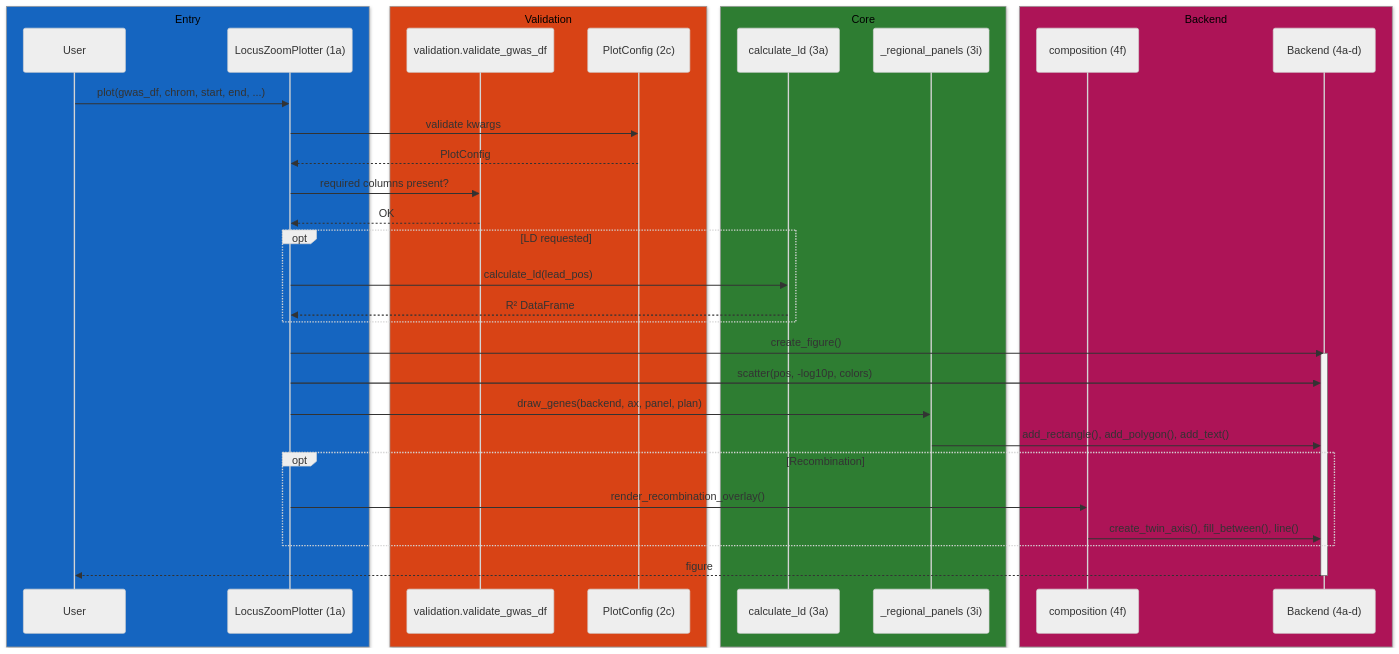
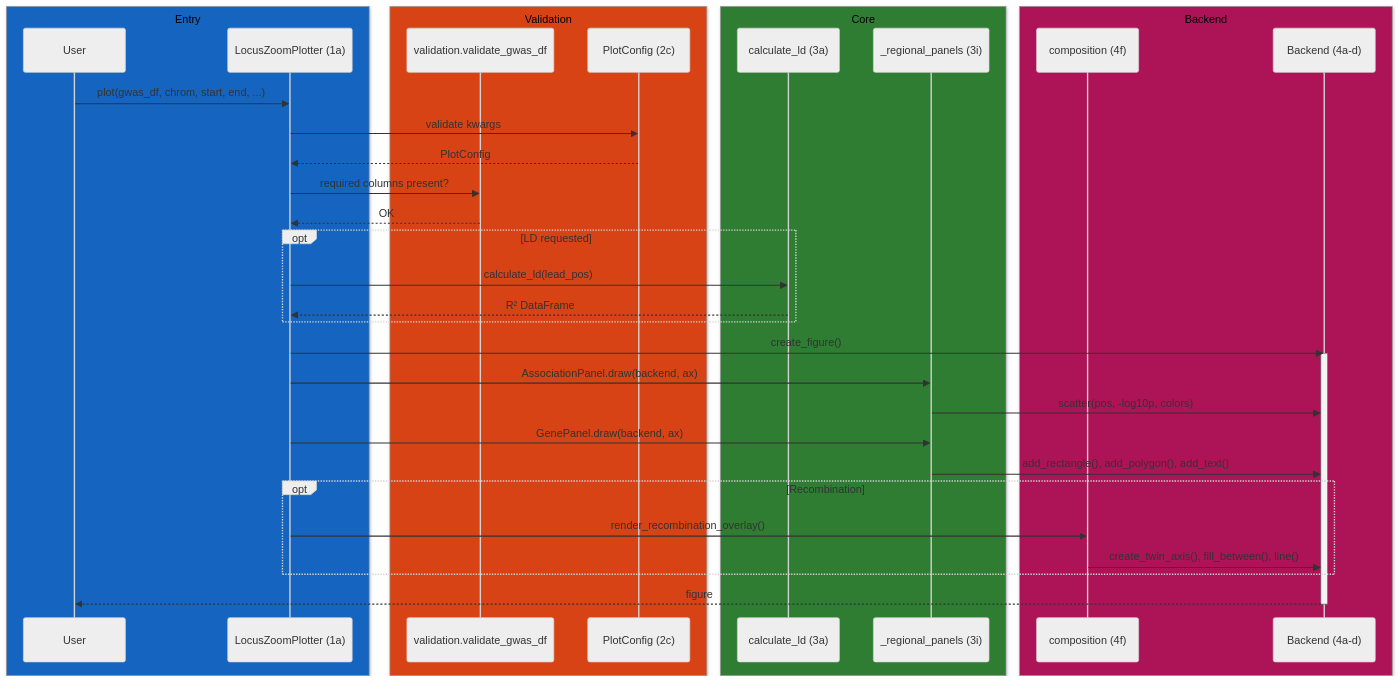
The second of 3 diagrams in docs/CODEMAP.md (michael-denyer/pyLocusZoom), drawn with Mermaid (neutral theme) before and after one commit. The commit also changed other lines of this file and 41 other files, not shown here.

````diff
--- a/docs/CODEMAP.md
+++ b/docs/CODEMAP.md
@@ -310,42 +313,43 @@
 ```mermaid
 sequenceDiagram
     box rgb(21, 101, 192) Entry
         participant U as User
         participant P as LocusZoomPlotter (1a)
     end
     box rgb(216, 67, 21) Validation
         participant V as validation.validate_gwas_df
         participant C as PlotConfig (2c)
     end
     box rgb(46, 125, 50) Core
         participant L as calculate_ld (3a)
         participant G as _regional_panels (3i)
     end
     box rgb(173, 20, 87) Backend
         participant O as composition (4f)
         participant B as Backend (4a-d)
     end
 
     U->>P: plot(gwas_df, chrom, start, end, ...)
     P->>C: validate kwargs
     C-->>P: PlotConfig
     P->>V: required columns present?
     V-->>P: OK
 
     opt LD requested
         P->>L: calculate_ld(lead_pos)
         L-->>P: R² DataFrame
     end
 
     P->>B: create_figure()
     activate B
-    P->>B: scatter(pos, -log10p, colors)
-    P->>G: draw_genes(backend, ax, panel, plan)
+    P->>G: AssociationPanel.draw(backend, ax)
+    G->>B: scatter(pos, -log10p, colors)
+    P->>G: GenePanel.draw(backend, ax)
     G->>B: add_rectangle(), add_polygon(), add_text()
     opt Recombination
         P->>O: render_recombination_overlay()
         O->>B: create_twin_axis(), fill_between(), line()
     end
     B-->>U: figure
     deactivate B
 ```
````
